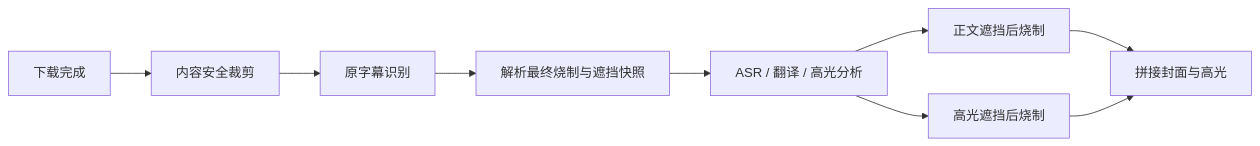
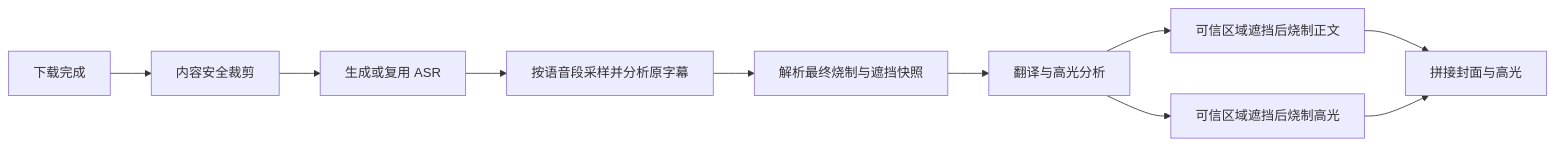
The diagram in docs/development/原视频字幕自动识别与适配方案.md (Thendras-1024/Vidferry), drawn with Mermaid before and after one commit. The commit also changed other lines of this file and 8 other files, not shown here.

````diff
--- a/docs/development/原视频字幕自动识别与适配方案.md
+++ b/docs/development/原视频字幕自动识别与适配方案.md
@@ -96,11 +126,12 @@
 ```mermaid
 flowchart LR
     A["下载完成"] --> B["内容安全裁剪"]
-    B --> C["原字幕识别"]
-    C --> D["解析最终烧制与遮挡快照"]
-    D --> E["ASR / 翻译 / 高光分析"]
-    E --> F["正文遮挡后烧制"]
-    E --> G["高光遮挡后烧制"]
-    F --> H["拼接封面与高光"]
-    G --> H
+    B --> C["生成或复用 ASR"]
+    C --> D["按语音段采样并分析原字幕"]
+    D --> E["解析最终烧制与遮挡快照"]
+    E --> F["翻译与高光分析"]
+    F --> G["可信区域遮挡后烧制正文"]
+    F --> H["可信区域遮挡后烧制高光"]
+    G --> I["拼接封面与高光"]
+    H --> I
 ```
````
